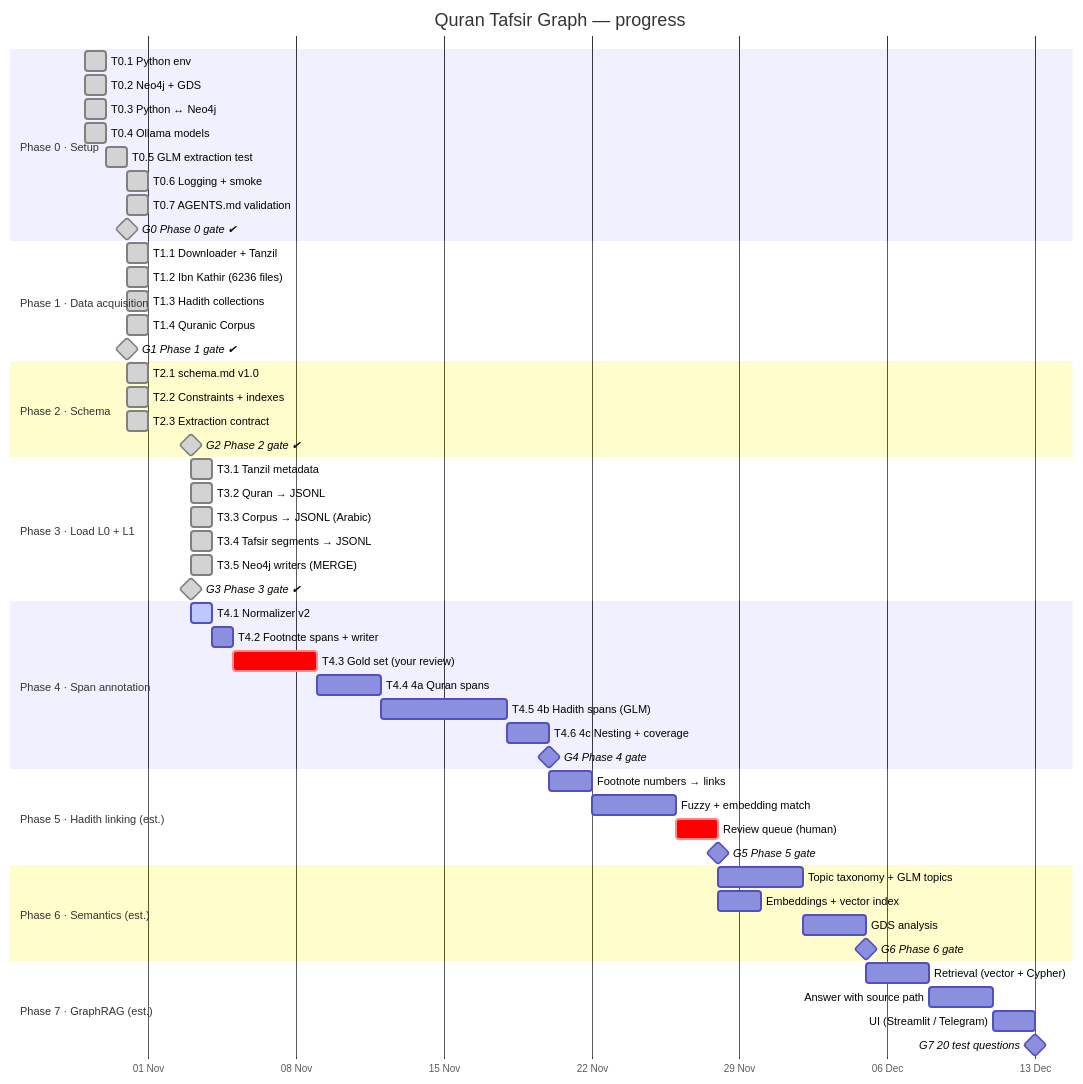
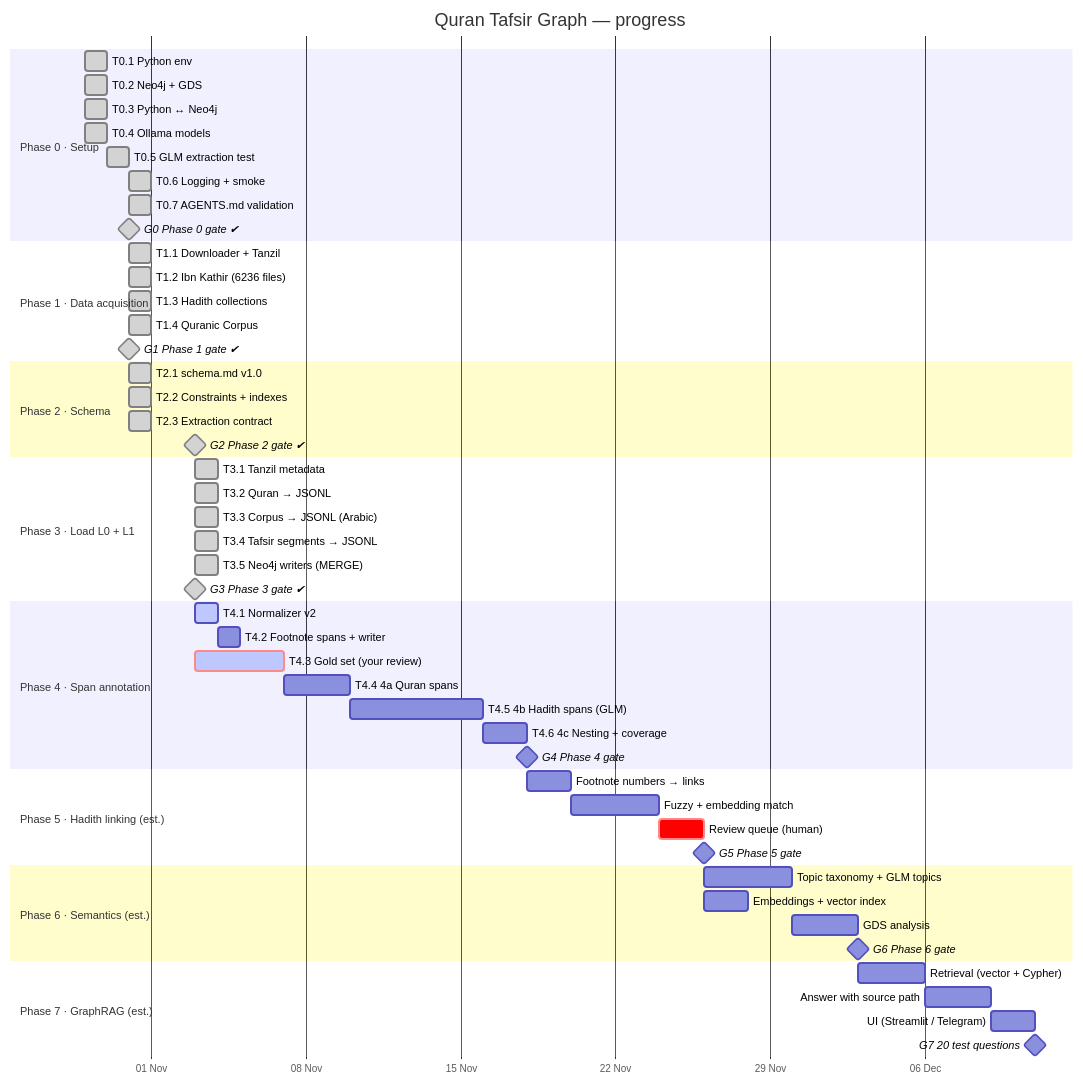
Before and after one commit to mohamed-soubhi/quran-graph: the diagram in docs/GANTT.md, drawn with Mermaid. The commit also changed other lines of this file and 2 other files, not shown here.

Commit message:
T4.1: Claude review (G3 PASS, text_norm v2 verified in Neo4j), user scenarios
Claude-Session: https://claude.ai/code/session_01HtCFgjMNEDCf4YewDqZRyf

````diff
--- a/docs/GANTT.md
+++ b/docs/GANTT.md
@@ -9,65 +9,65 @@
 ```mermaid
 gantt
     title Quran Tafsir Graph — progress
     dateFormat YYYY-MM-DD
     axisFormat %d %b
     todayMarker stroke-width:3px,stroke:#d33
 
     section Phase 0 · Setup
     T0.1 Python env                 :done, t01, 2026-10-29, 1d
     T0.2 Neo4j + GDS                :done, t02, 2026-10-29, 1d
     T0.3 Python ↔ Neo4j             :done, t03, 2026-10-29, 1d
     T0.4 Ollama models              :done, t04, 2026-10-29, 1d
     T0.5 GLM extraction test        :done, t05, 2026-10-30, 1d
     T0.6 Logging + smoke            :done, t06, 2026-10-31, 1d
     T0.7 AGENTS.md validation       :done, t07, 2026-10-31, 1d
     G0 Phase 0 gate ✔               :milestone, done, g0, 2026-10-31, 0d
 
     section Phase 1 · Data acquisition
     T1.1 Downloader + Tanzil        :done, t11, 2026-10-31, 1d
     T1.2 Ibn Kathir (6236 files)    :done, t12, 2026-10-31, 1d
     T1.3 Hadith collections         :done, t13, 2026-10-31, 1d
     T1.4 Quranic Corpus            :done, t14, 2026-10-31, 1d
     G1 Phase 1 gate ✔               :milestone, done, g1, 2026-10-31, 0d
 
     section Phase 2 · Schema
     T2.1 schema.md v1.0            :done, t21, 2026-10-31, 1d
     T2.2 Constraints + indexes      :done, t22, 2026-10-31, 1d
     T2.3 Extraction contract        :done, t23, 2026-10-31, 1d
     G2 Phase 2 gate ✔               :milestone, done, g2, 2026-11-03, 0d
 
     section Phase 3 · Load L0 + L1
     T3.1 Tanzil metadata            :done, t31, 2026-11-03, 1d
     T3.2 Quran → JSONL              :done, t32, 2026-11-03, 1d
     T3.3 Corpus → JSONL (Arabic)    :done, t33, 2026-11-03, 1d
     T3.4 Tafsir segments → JSONL    :done, t34, 2026-11-03, 1d
     T3.5 Neo4j writers (MERGE)      :done, p3b, 2026-11-03, 1d
     G3 Phase 3 gate ✔               :milestone, done, g3, 2026-11-03, 0d
 
     section Phase 4 · Span annotation
     T4.1 Normalizer v2              :active, t41, 2026-11-03, 1d
     T4.2 Footnote spans + writer    :t42, after t41, 1d
-    T4.3 Gold set (your review)     :crit, t43, after t42, 4d
+    T4.3 Gold set (your review)     :crit, active, t43, 2026-11-03, 4d
     T4.4 4a Quran spans             :t44, after t43, 3d
     T4.5 4b Hadith spans (GLM)      :t45, after t44, 6d
     T4.6 4c Nesting + coverage      :p4c, after t45, 2d
     G4 Phase 4 gate                 :milestone, g4, after p4c, 0d
 
     section Phase 5 · Hadith linking (est.)
     Footnote numbers → links        :p5a, after g4, 2d
     Fuzzy + embedding match         :p5b, after p5a, 4d
     Review queue (human)            :crit, p5c, after p5b, 2d
     G5 Phase 5 gate                 :milestone, g5, after p5c, 0d
 
     section Phase 6 · Semantics (est.)
     Topic taxonomy + GLM topics     :p6a, after g5, 4d
     Embeddings + vector index       :p6b, after g5, 2d
     GDS analysis                    :p6c, after p6a, 3d
     G6 Phase 6 gate                 :milestone, g6, after p6c, 0d
 
     section Phase 7 · GraphRAG (est.)
     Retrieval (vector + Cypher)     :p7a, after g6, 3d
     Answer with source path         :p7b, after p7a, 3d
     UI (Streamlit / Telegram)       :p7c, after p7b, 2d
     G7 20 test questions            :milestone, g7, after p7c, 0d
 ```
````
